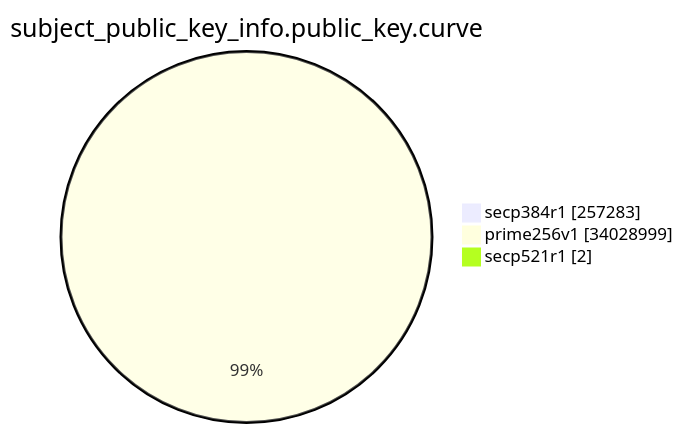
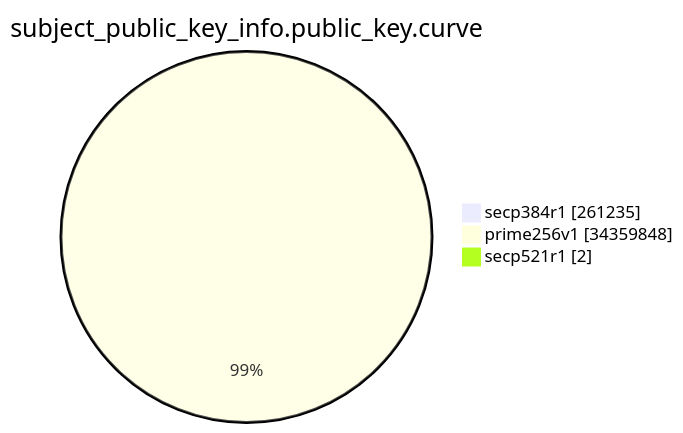
Before and after one commit to christiankrug/ctmonitor_visualization: the eighth of 15 diagrams in xenon2023/README.md, drawn with Mermaid. The commit also changed other lines of this file, not shown here.

````diff
--- a/xenon2023/README.md
+++ b/xenon2023/README.md
@@ -2131,7 +2135,7 @@
 ```mermaid
 pie showData
 title subject_public_key_info.public_key.curve
-"secp384r1" :257283
-"prime256v1" :34028999
+"secp384r1" :261235
+"prime256v1" :34359848
 "secp521r1" :2
 ```
````
